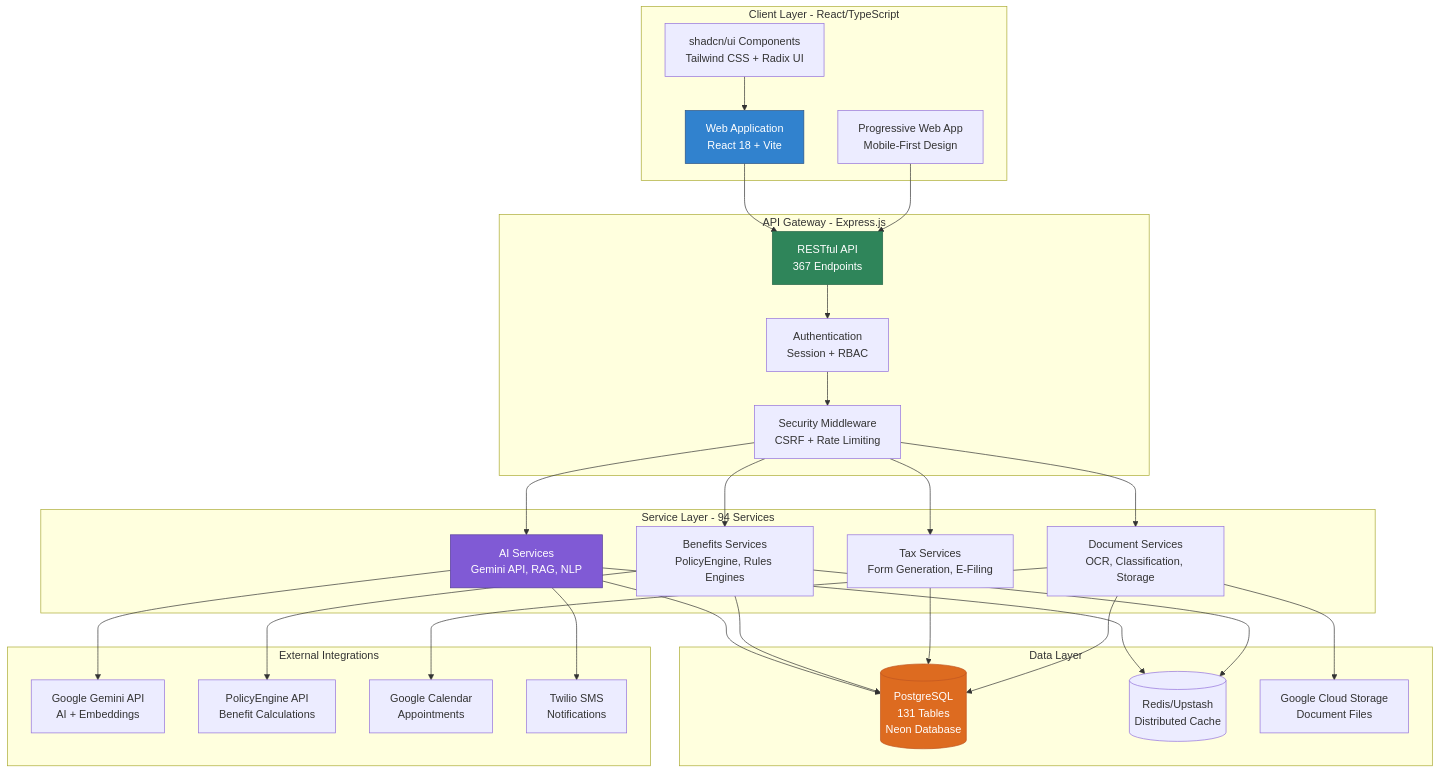
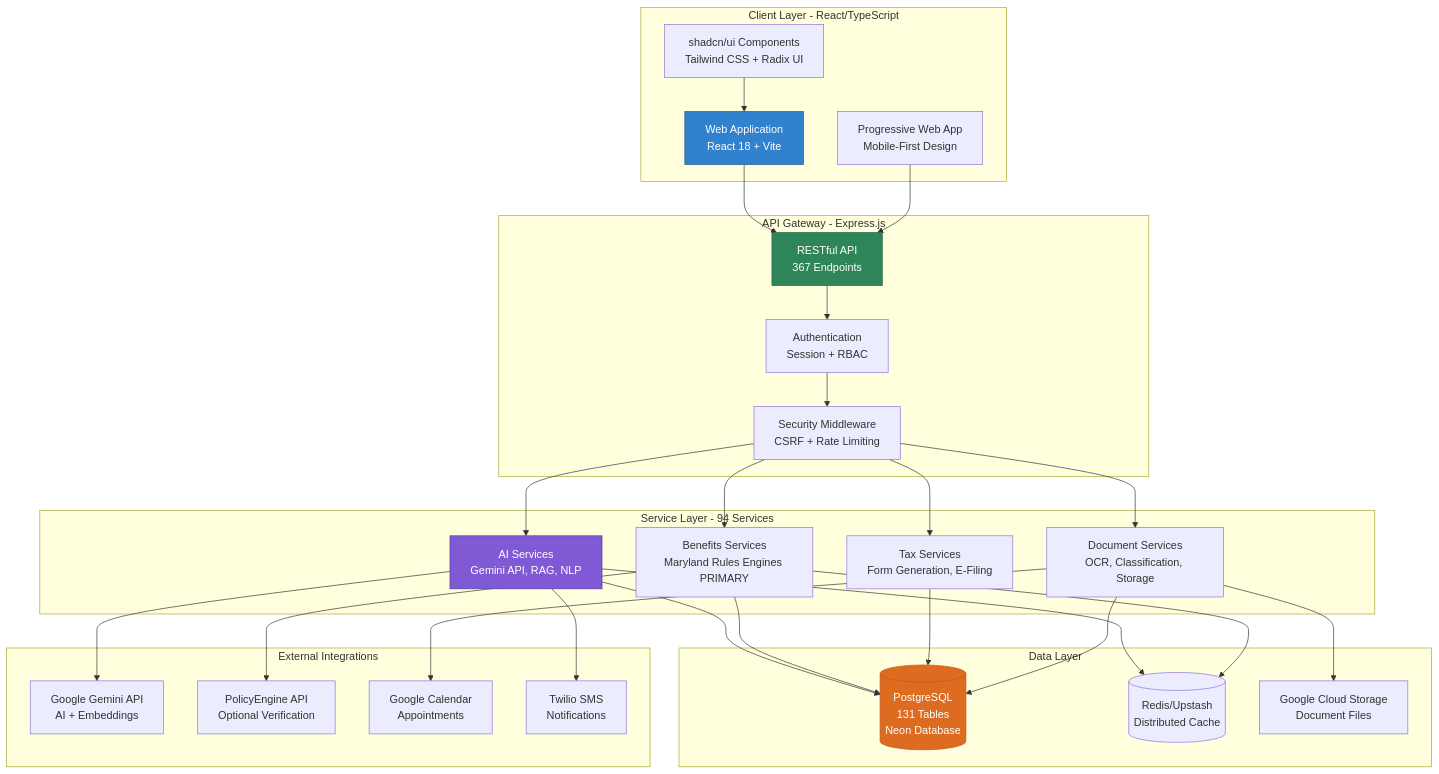
One commit to Nash0984/JAWN changed the second of 3 diagrams in README.md. Above: the diagram before and after it, drawn with Mermaid. The commit also changed other lines of this file, not shown here.

First line of the commit message:
Update benefit calculation system to use Maryland's own rules engines

````diff
--- a/README.md
+++ b/README.md
@@ -98,63 +98,63 @@
 ```mermaid
 graph TB
     subgraph "Client Layer - React/TypeScript"
         WEB[Web Application<br/>React 18 + Vite]
         PWA[Progressive Web App<br/>Mobile-First Design]
         UI[shadcn/ui Components<br/>Tailwind CSS + Radix UI]
     end
     
     subgraph "API Gateway - Express.js"
         ROUTES[RESTful API<br/>367 Endpoints]
         AUTH[Authentication<br/>Session + RBAC]
         CSRF[Security Middleware<br/>CSRF + Rate Limiting]
     end
     
     subgraph "Service Layer - 94 Services"
         AI_SERVICES[AI Services<br/>Gemini API, RAG, NLP]
-        BENEFIT_SERVICES[Benefits Services<br/>PolicyEngine, Rules Engines]
+        BENEFIT_SERVICES[Benefits Services<br/>Maryland Rules Engines PRIMARY]
         TAX_SERVICES[Tax Services<br/>Form Generation, E-Filing]
         DOC_SERVICES[Document Services<br/>OCR, Classification, Storage]
     end
     
     subgraph "Data Layer"
         DB[(PostgreSQL<br/>131 Tables<br/>Neon Database)]
         CACHE[(Redis/Upstash<br/>Distributed Cache)]
         GCS[Google Cloud Storage<br/>Document Files]
     end
     
     subgraph "External Integrations"
         GEMINI[Google Gemini API<br/>AI + Embeddings]
-        POLICYENGINE[PolicyEngine API<br/>Benefit Calculations]
+        POLICYENGINE[PolicyEngine API<br/>Optional Verification]
         CALENDAR[Google Calendar<br/>Appointments]
         TWILIO[Twilio SMS<br/>Notifications]
     end
     
     WEB --> ROUTES
     PWA --> ROUTES
     UI --> WEB
     ROUTES --> AUTH
     AUTH --> CSRF
     CSRF --> AI_SERVICES
     CSRF --> BENEFIT_SERVICES
     CSRF --> TAX_SERVICES
     CSRF --> DOC_SERVICES
     
     AI_SERVICES --> DB
     BENEFIT_SERVICES --> DB
     TAX_SERVICES --> DB
     DOC_SERVICES --> DB
     
     AI_SERVICES --> CACHE
     BENEFIT_SERVICES --> CACHE
     DOC_SERVICES --> GCS
     
     AI_SERVICES --> GEMINI
     BENEFIT_SERVICES --> POLICYENGINE
     DOC_SERVICES --> CALENDAR
     AI_SERVICES --> TWILIO
     
     style WEB fill:#3182CE,stroke:#2C5282,color:#fff
     style ROUTES fill:#2F855A,stroke:#276749,color:#fff
     style AI_SERVICES fill:#805AD5,stroke:#553C9A,color:#fff
     style DB fill:#DD6B20,stroke:#C05621,color:#fff
 ```
````
